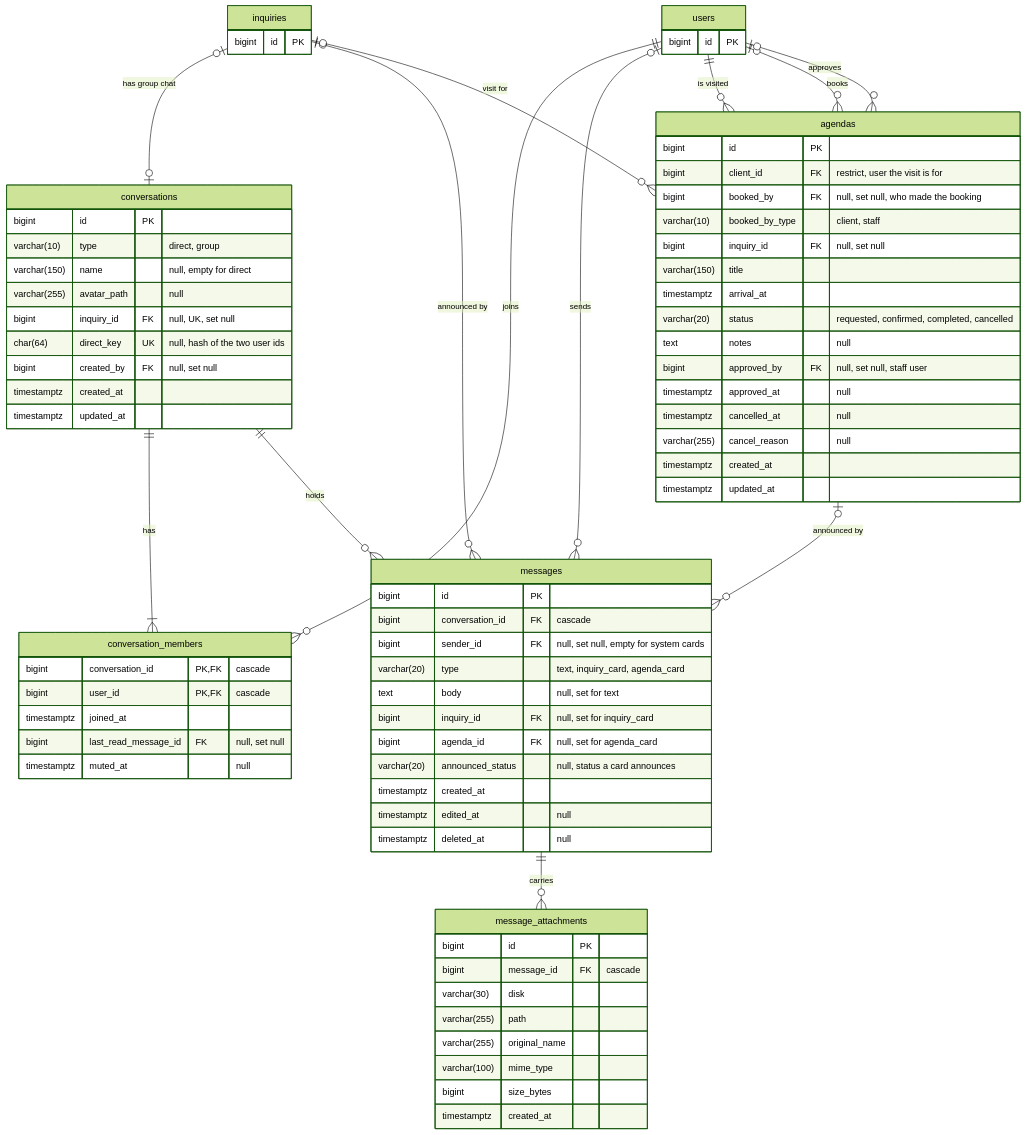
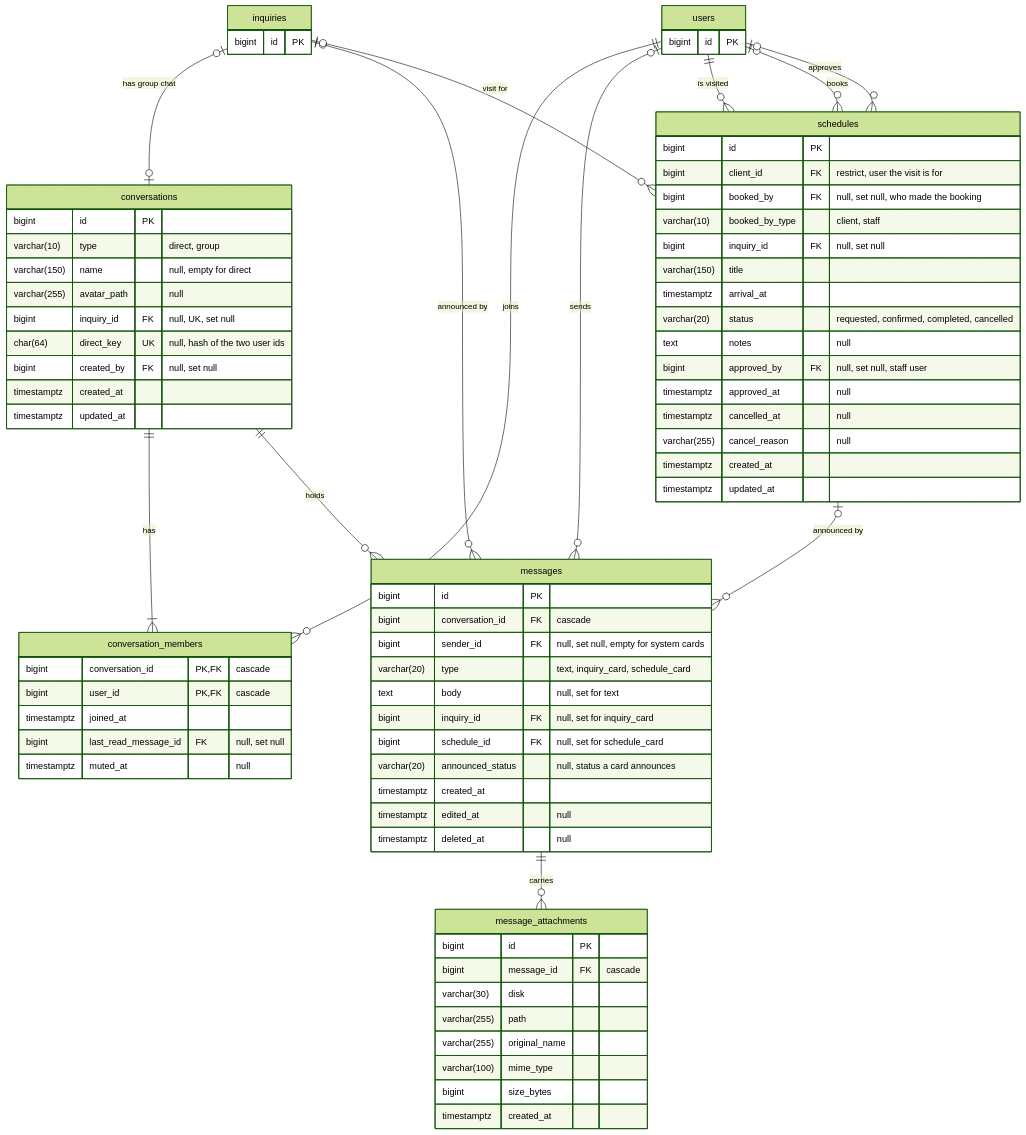
The fifth of 5 diagrams in docs/database/regray-erd.md (regraystone/regray), drawn with Mermaid (forest theme) before and after one commit. The commit also changed other lines of this file and 45 other files, not shown here.

Commit message:
refactor: rename "agenda" to "schedule" across the codebase

````diff
--- a/docs/database/regray-erd.md
+++ b/docs/database/regray-erd.md
@@ -444,80 +444,80 @@
 ```mermaid
 erDiagram
     conversations {
         bigint id PK
         varchar(10) type "direct, group"
         varchar(150) name "null, empty for direct"
         varchar(255) avatar_path "null"
         bigint inquiry_id FK "null, UK, set null"
         char(64) direct_key UK "null, hash of the two user ids"
         bigint created_by FK "null, set null"
         timestamptz created_at
         timestamptz updated_at
     }
     conversation_members {
         bigint conversation_id PK, FK "cascade"
         bigint user_id PK, FK "cascade"
         timestamptz joined_at
         bigint last_read_message_id FK "null, set null"
         timestamptz muted_at "null"
     }
     messages {
         bigint id PK
         bigint conversation_id FK "cascade"
         bigint sender_id FK "null, set null, empty for system cards"
-        varchar(20) type "text, inquiry_card, agenda_card"
+        varchar(20) type "text, inquiry_card, schedule_card"
         text body "null, set for text"
         bigint inquiry_id FK "null, set for inquiry_card"
-        bigint agenda_id FK "null, set for agenda_card"
+        bigint schedule_id FK "null, set for schedule_card"
         varchar(20) announced_status "null, status a card announces"
         timestamptz created_at
         timestamptz edited_at "null"
         timestamptz deleted_at "null"
     }
     message_attachments {
         bigint id PK
         bigint message_id FK "cascade"
         varchar(30) disk
         varchar(255) path
         varchar(255) original_name
         varchar(100) mime_type
         bigint size_bytes
         timestamptz created_at
     }
-    agendas {
+    schedules {
         bigint id PK
         bigint client_id FK "restrict, user the visit is for"
         bigint booked_by FK "null, set null, who made the booking"
         varchar(10) booked_by_type "client, staff"
         bigint inquiry_id FK "null, set null"
         varchar(150) title
         timestamptz arrival_at
         varchar(20) status "requested, confirmed, completed, cancelled"
         text notes "null"
         bigint approved_by FK "null, set null, staff user"
         timestamptz approved_at "null"
         timestamptz cancelled_at "null"
         varchar(255) cancel_reason "null"
         timestamptz created_at
         timestamptz updated_at
     }
     users {
         bigint id PK
     }
     inquiries {
         bigint id PK
     }
 
     inquiries |o--o| conversations : "has group chat"
     conversations ||--|{ conversation_members : "has"
     users ||--o{ conversation_members : "joins"
     conversations ||--o{ messages : "holds"
     users |o--o{ messages : "sends"
     messages ||--o{ message_attachments : "carries"
     inquiries |o--o{ messages : "announced by"
-    agendas |o--o{ messages : "announced by"
-    users ||--o{ agendas : "is visited"
-    users |o--o{ agendas : "books"
-    users |o--o{ agendas : "approves"
-    inquiries |o--o{ agendas : "visit for"
+    schedules |o--o{ messages : "announced by"
+    users ||--o{ schedules : "is visited"
+    users |o--o{ schedules : "books"
+    users |o--o{ schedules : "approves"
+    inquiries |o--o{ schedules : "visit for"
 ```
````
